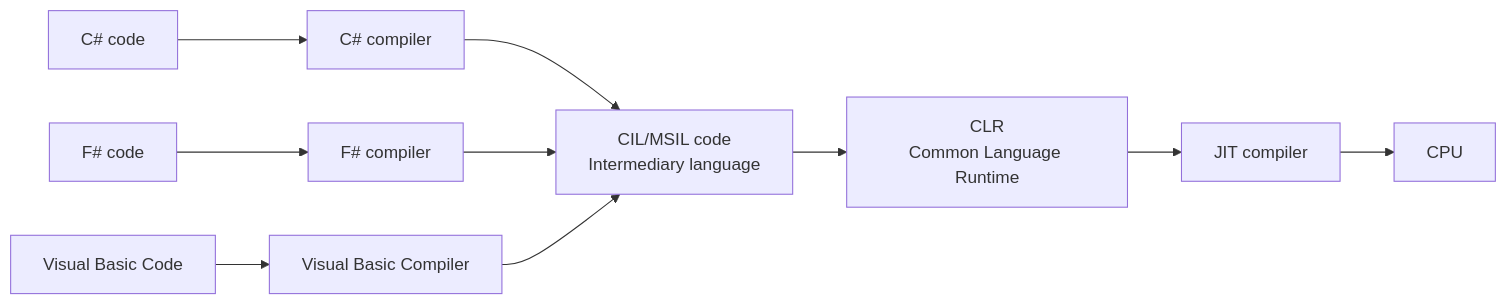
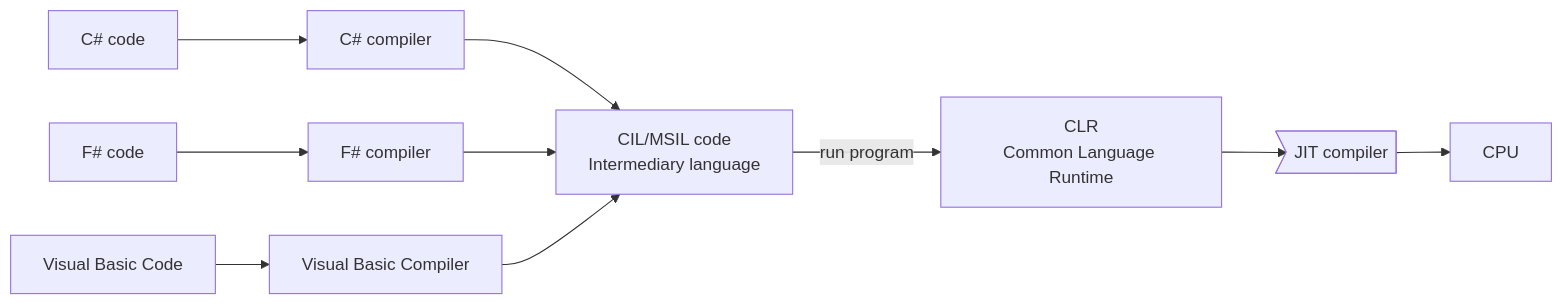
The diagram in README.org (64J0/samples--il), drawn with Mermaid before and after one commit. The commit also changed other lines of this file, not shown here.

```diff
--- a/README.org
+++ b/README.org
@@ -12,27 +12,27 @@
 #+BEGIN_SRC mermaid
   flowchart LR
     csharp_code[C# code]
     csharp_compiler[C# compiler]
     fsharp_code[F# code]
     fsharp_compiler[F# compiler]
     vb_code[Visual Basic Code]
     vb_compiler[Visual Basic Compiler]
     cil["`CIL/MSIL code
             Intermediary language
 `"]
     clr["`CLR
             Common Language Runtime
 `"]
-    jit[JIT compiler]
+    jit>JIT compiler]
     cpu[CPU]
 
     csharp_code --> csharp_compiler
     fsharp_code --> fsharp_compiler
     vb_code --> vb_compiler
     csharp_compiler --> cil
     fsharp_compiler --> cil
     vb_compiler --> cil
-    cil --> clr
+    cil -- run program --> clr
     clr --> jit
     jit --> cpu
 #+END_SRC
```
